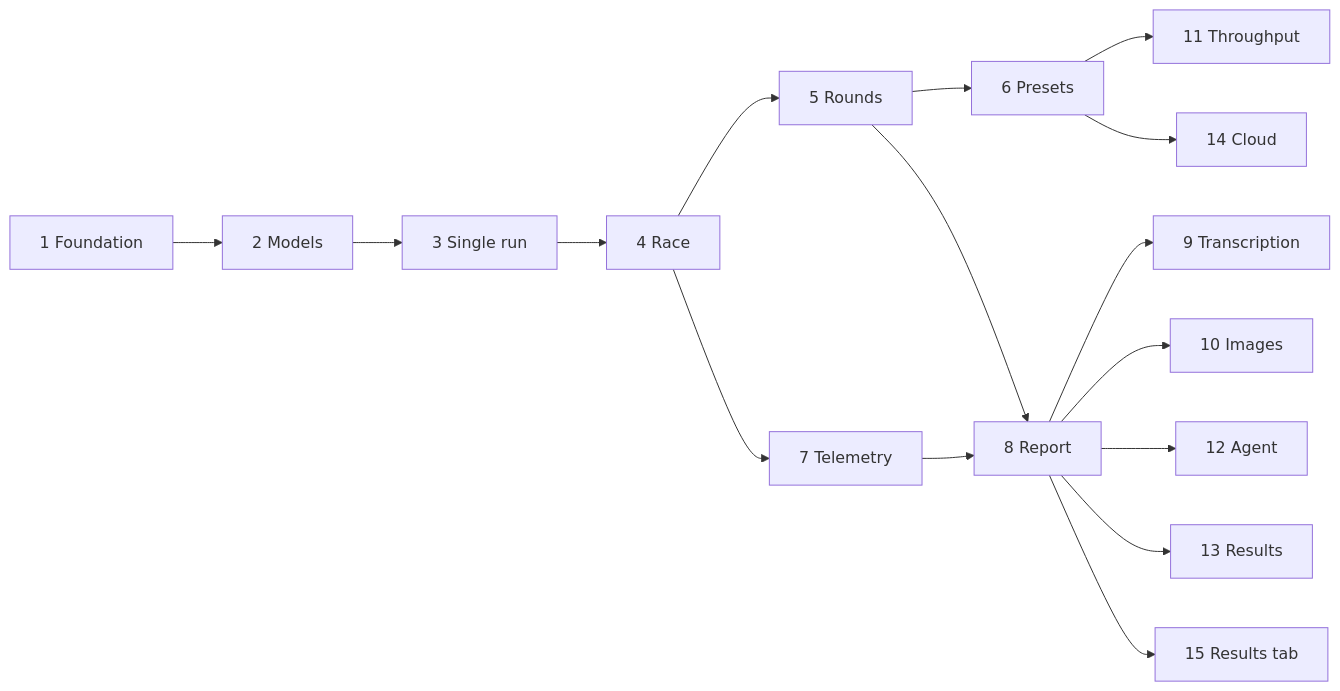
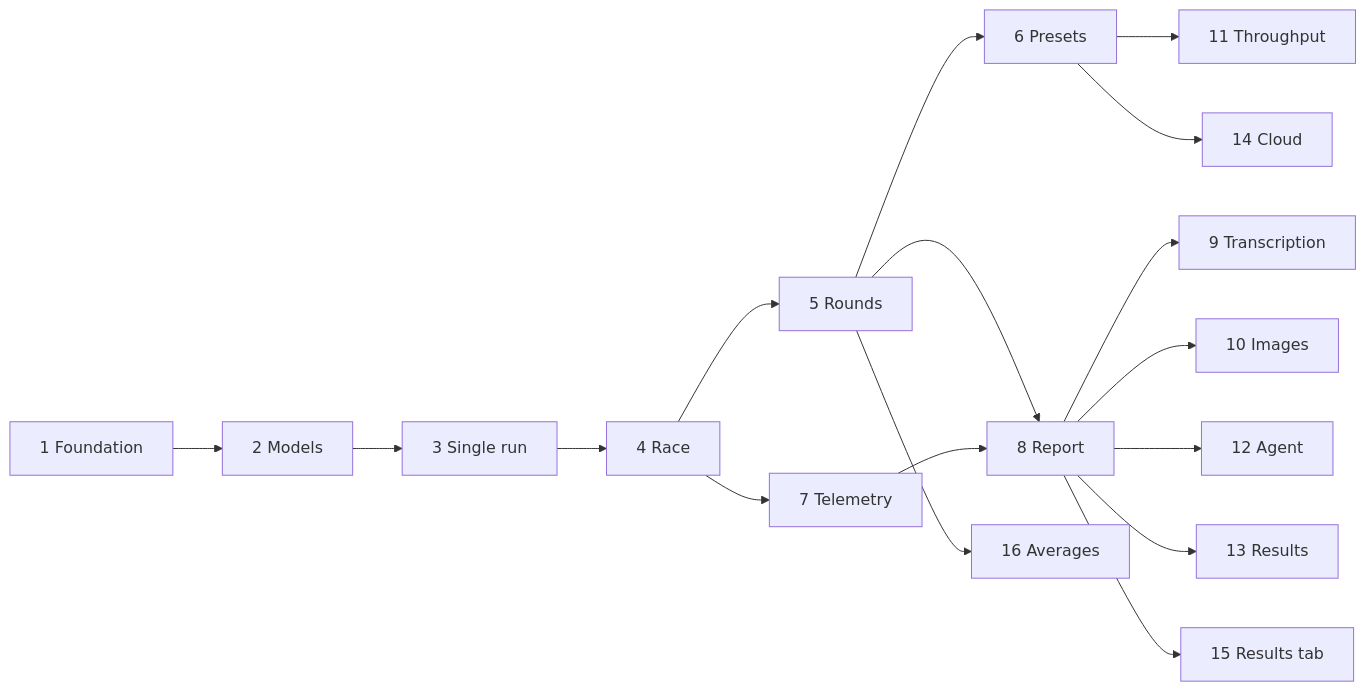
The diagram in ROADMAP.md (mnmohtasham/llm-head-to-head-benchmark), drawn with Mermaid before and after one commit. The commit also changed other lines of this file and 22 other files, not shown here.

````diff
--- a/ROADMAP.md
+++ b/ROADMAP.md
@@ -84,15 +85,16 @@
 ```mermaid
 flowchart LR
   P1[1 Foundation] --> P2[2 Models] --> P3[3 Single run] --> P4[4 Race]
   P4 --> P5[5 Rounds] --> P6[6 Presets]
   P4 --> P7[7 Telemetry]
   P5 --> P8[8 Report]
   P7 --> P8
   P8 --> P9[9 Transcription]
   P8 --> P10[10 Images]
   P6 --> P11[11 Throughput]
   P8 --> P12[12 Agent]
   P8 --> P13[13 Results]
   P6 --> P14[14 Cloud]
   P8 --> P15[15 Results tab]
+  P5 --> P16[16 Averages]
 ```
````
